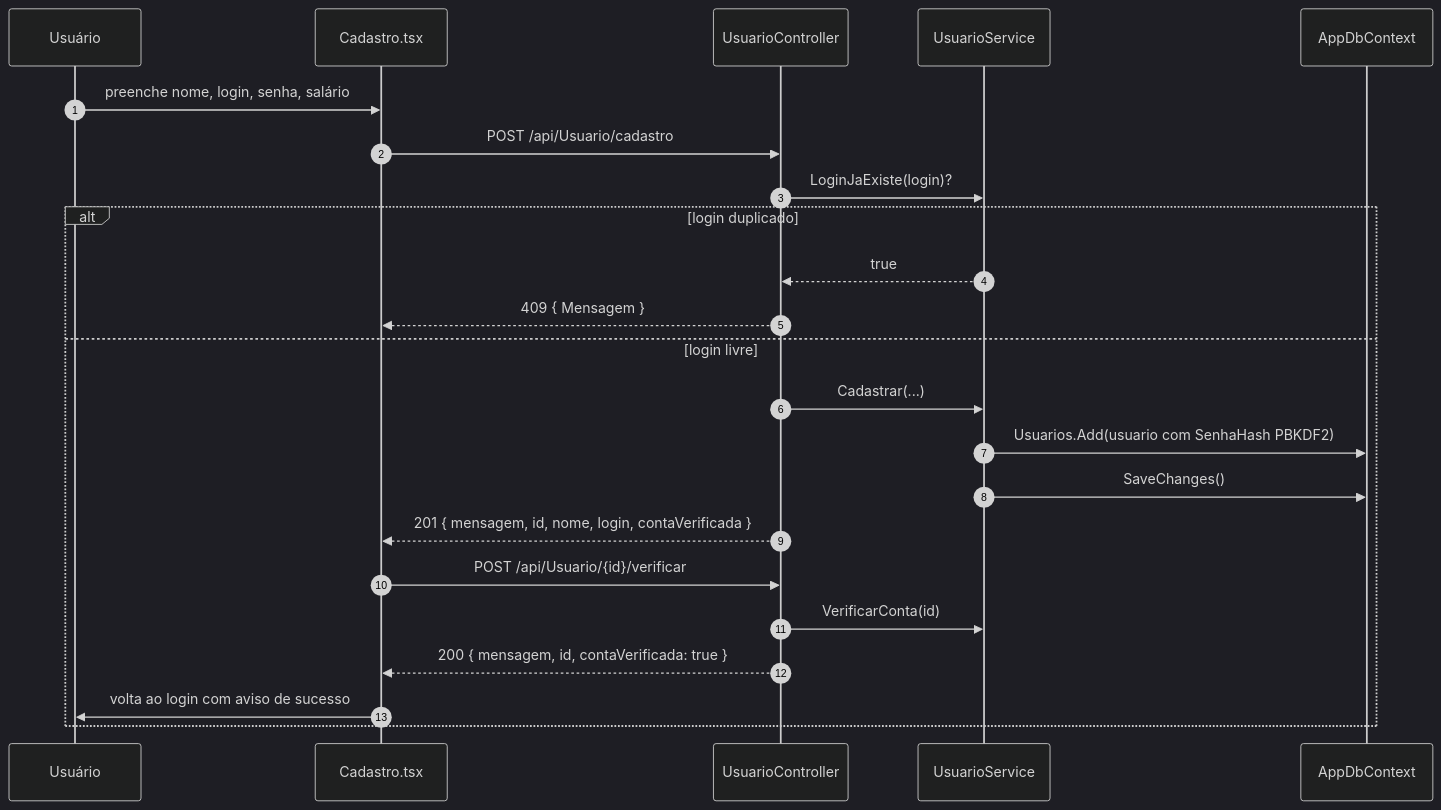
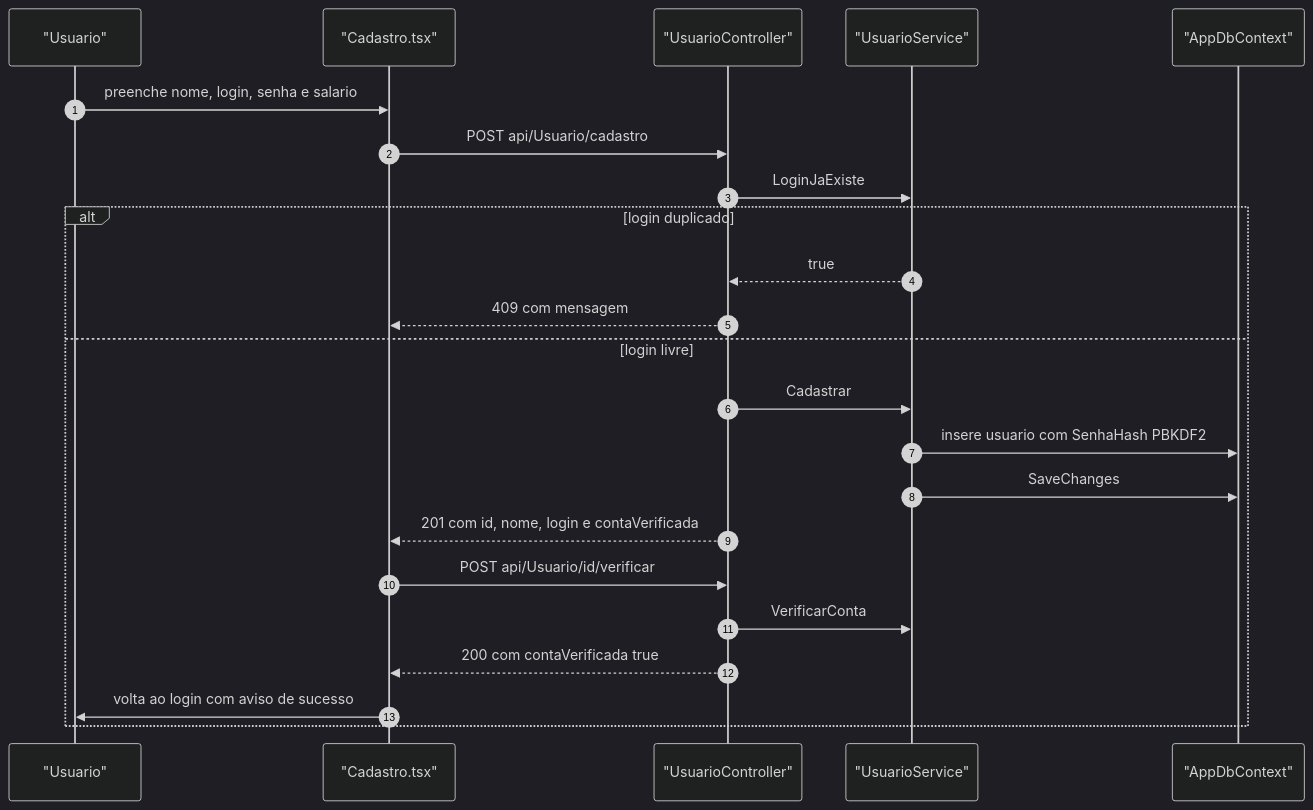
The seventh of 8 diagrams in docs/diagrama.md (Carlos-Florenzano/Portfy), drawn with Mermaid (dark theme) before and after one commit. The commit also changed other lines of this file, not shown here.

Commit message:
Ajustes do diagrama.md base

````diff
--- a/docs/diagrama.md
+++ b/docs/diagrama.md
@@ -266,26 +269,26 @@
 ```mermaid
 sequenceDiagram
     autonumber
-    participant U as Usuário
-    participant CAD as Cadastro.tsx
-    participant API as UsuarioController
-    participant S as UsuarioService
-    participant DB as AppDbContext
+    participant U as "Usuario"
+    participant CAD as "Cadastro.tsx"
+    participant API as "UsuarioController"
+    participant S as "UsuarioService"
+    participant DB as "AppDbContext"
 
-    U->>CAD: preenche nome, login, senha, salário
-    CAD->>API: POST /api/Usuario/cadastro
-    API->>S: LoginJaExiste(login)?
+    U->>CAD: preenche nome, login, senha e salario
+    CAD->>API: POST api/Usuario/cadastro
+    API->>S: LoginJaExiste
     alt login duplicado
         S-->>API: true
-        API-->>CAD: 409 { Mensagem }
+        API-->>CAD: 409 com mensagem
     else login livre
-        API->>S: Cadastrar(...)
-        S->>DB: Usuarios.Add(usuario com SenhaHash PBKDF2)
-        S->>DB: SaveChanges()
-        API-->>CAD: 201 { mensagem, id, nome, login, contaVerificada }
-        CAD->>API: POST /api/Usuario/{id}/verificar
-        API->>S: VerificarConta(id)
-        API-->>CAD: 200 { mensagem, id, contaVerificada: true }
+        API->>S: Cadastrar
+        S->>DB: insere usuario com SenhaHash PBKDF2
+        S->>DB: SaveChanges
+        API-->>CAD: 201 com id, nome, login e contaVerificada
+        CAD->>API: POST api/Usuario/id/verificar
+        API->>S: VerificarConta
+        API-->>CAD: 200 com contaVerificada true
         CAD->>U: volta ao login com aviso de sucesso
     end
 ```
````
